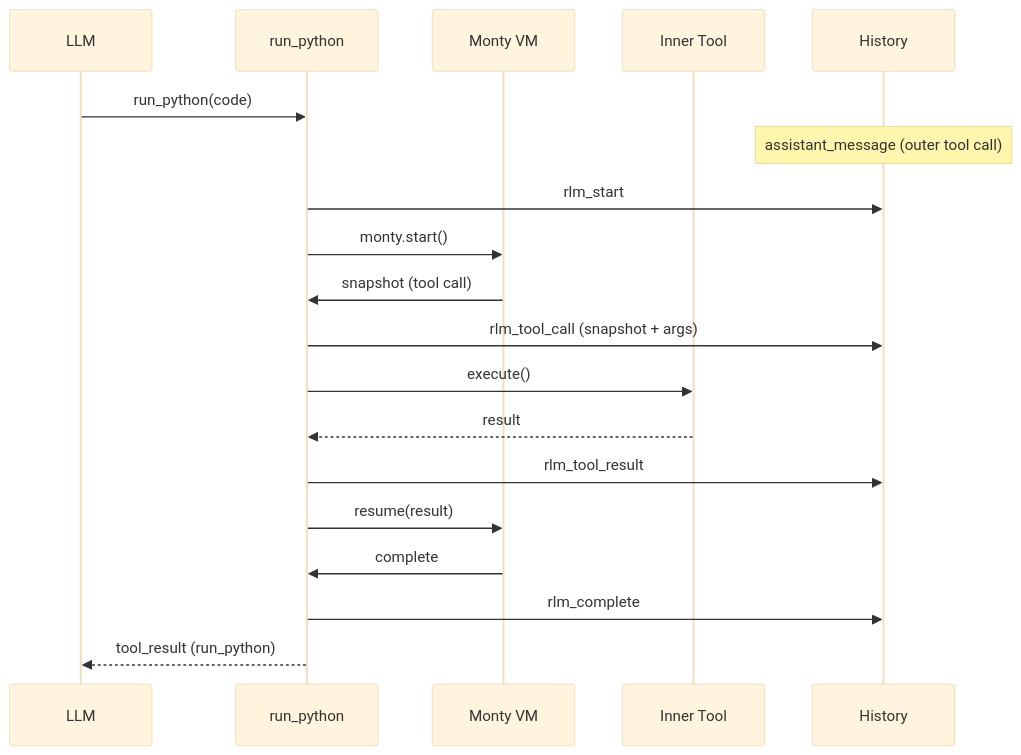
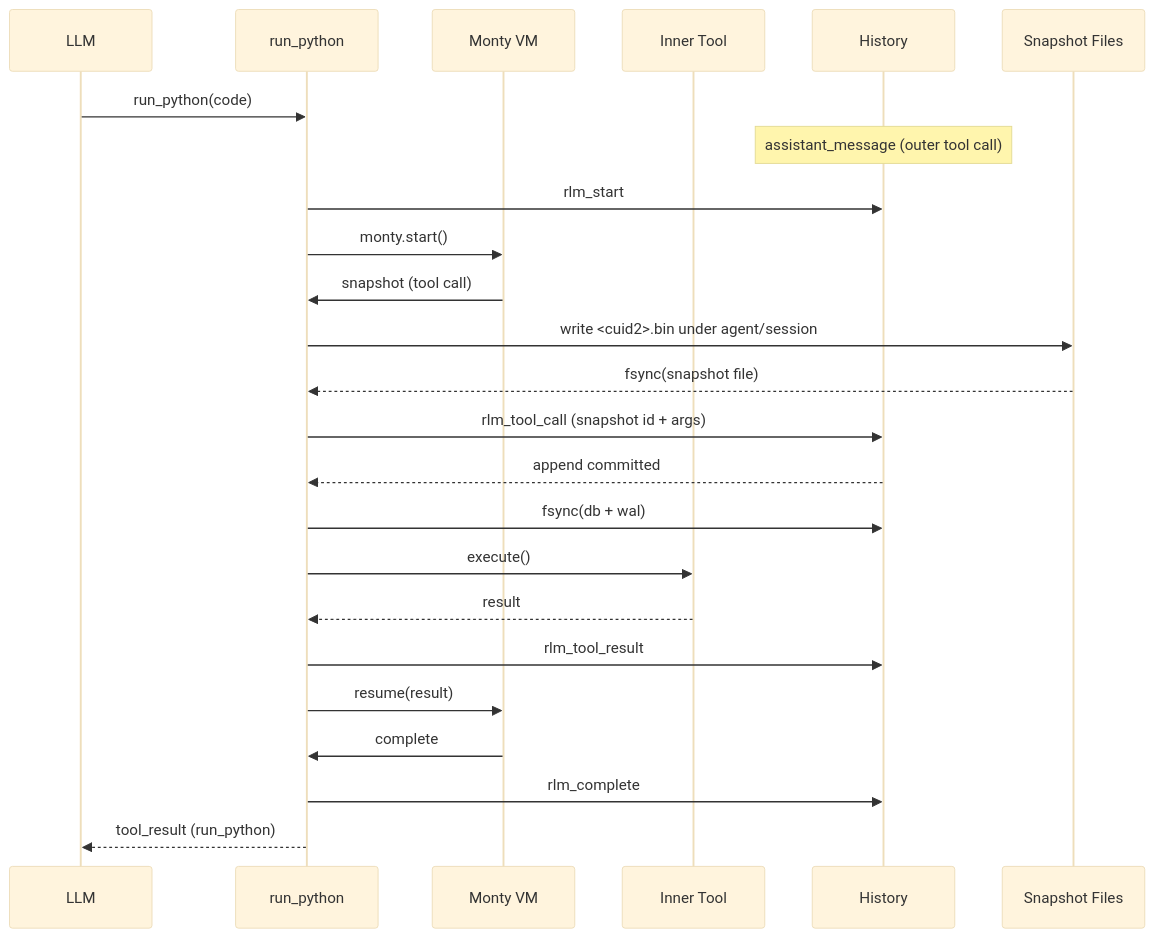
The first of 2 diagrams in doc/internals/rlm-checkpointing.md (ex3ndr/daycare), drawn with Mermaid (base theme) before and after one commit. The commit also changed other lines of this file and 9 other files, not shown here.

Commit message:
feat(rlm): persist snapshots in agent session files

````diff
--- a/doc/internals/rlm-checkpointing.md
+++ b/doc/internals/rlm-checkpointing.md
@@ -23,22 +23,27 @@
 ```mermaid
 sequenceDiagram
     participant LLM
     participant RLM as run_python
     participant VM as Monty VM
     participant Tool as Inner Tool
     participant History
+    participant Snap as Snapshot Files
 
     LLM->>RLM: run_python(code)
     Note over History: assistant_message (outer tool call)
     RLM->>History: rlm_start
     RLM->>VM: monty.start()
     VM->>RLM: snapshot (tool call)
-    RLM->>History: rlm_tool_call (snapshot + args)
+    RLM->>Snap: write <cuid2>.bin under agent/session
+    Snap-->>RLM: fsync(snapshot file)
+    RLM->>History: rlm_tool_call (snapshot id + args)
+    History-->>RLM: append committed
+    RLM->>History: fsync(db + wal)
     RLM->>Tool: execute()
     Tool-->>RLM: result
     RLM->>History: rlm_tool_result
     RLM->>VM: resume(result)
     VM->>RLM: complete
     RLM->>History: rlm_complete
     RLM-->>LLM: tool_result (run_python)
 ```
````
